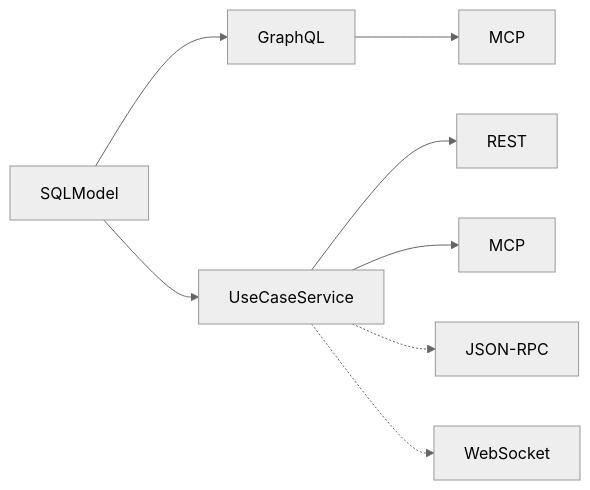
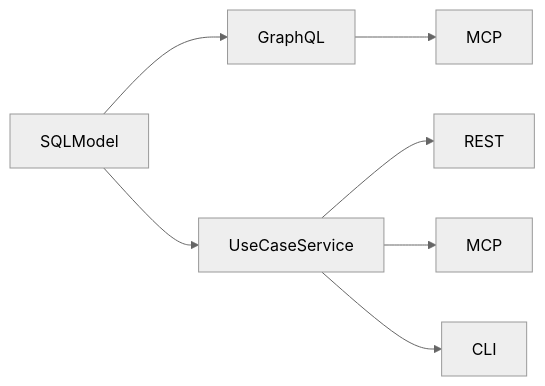
One commit to frankwsj/sqlmodel-nexus changed the diagram in README.md. Above: the diagram before and after it, drawn with Mermaid (neutral theme). The commit also changed other lines of this file, not shown here.

````diff
--- a/README.md
+++ b/README.md
@@ -16,13 +10,12 @@
 ```mermaid
 flowchart LR
     sqlmodel["SQLModel"]
 
     sqlmodel --> graphql["GraphQL"]
     graphql --> mcp1["MCP"]
 
     sqlmodel --> usecase["UseCaseService"]
     usecase --> rest["REST"]
     usecase --> mcp2["MCP"]
-    usecase -.-> jsonrpc["JSON-RPC"]
-    usecase -.-> ws["WebSocket"]
+    usecase --> cli["CLI"]
 ```
````
